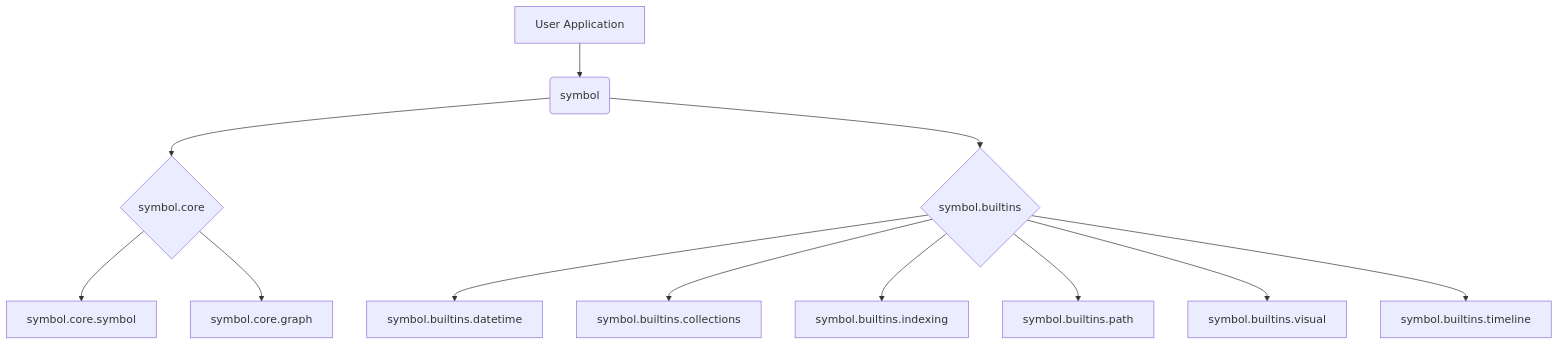
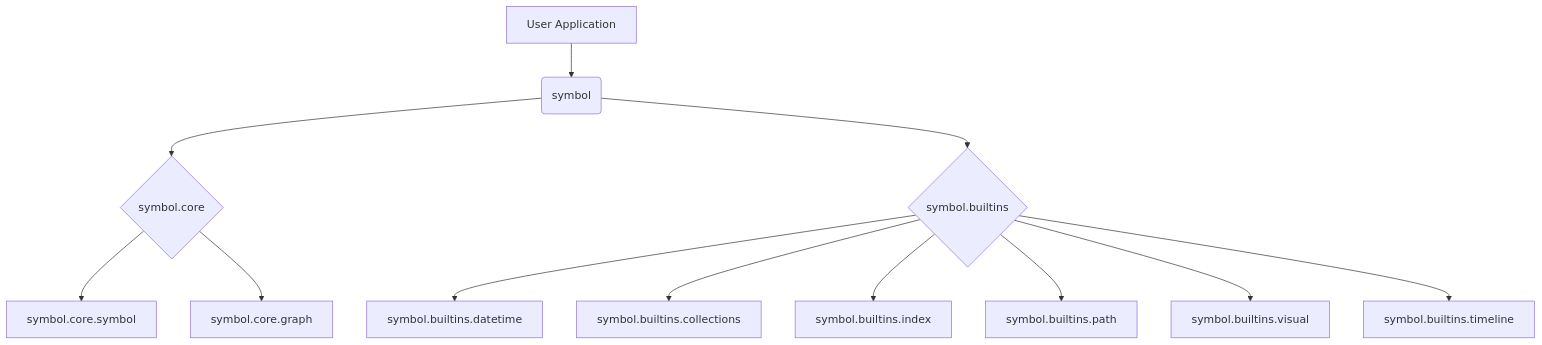
Before and after one commit to ikko/sym: the first of 2 diagrams in README.md, drawn with Mermaid. The commit also changed other lines of this file and 13 other files, not shown here.

Commit message:
rename indexing to index

````diff
--- a/README.md
+++ b/README.md
@@ -121,14 +121,14 @@
 ```mermaid
 graph TD
     A[User Application] --> B(symbol)
     B --> C{symbol.core}
     B --> D{symbol.builtins}
     C --> E[symbol.core.symbol]
     C --> F[symbol.core.graph]
     D --> G[symbol.builtins.datetime]
     D --> H[symbol.builtins.collections]
-    D --> I[symbol.builtins.indexing]
+    D --> I[symbol.builtins.index]
     D --> J[symbol.builtins.path]
     D --> K[symbol.builtins.visual]
     D --> L[symbol.builtins.timeline]
 ```
````
